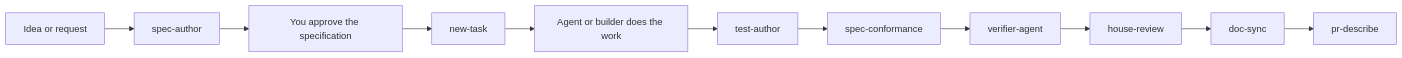
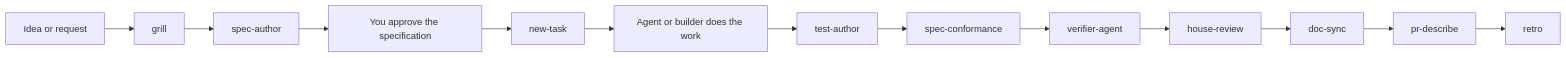
Before and after one commit to zen-solutions-dev/zen-agent-skills: the second of 2 diagrams in docs/GETTING-STARTED.md, drawn with Mermaid. The commit also changed other lines of this file and 10 other files, not shown here.

````diff
--- a/docs/GETTING-STARTED.md
+++ b/docs/GETTING-STARTED.md
@@ -316,13 +328,15 @@
 ```mermaid
 flowchart LR
-  A[Idea or request] --> B[spec-author]
+  A[Idea or request] --> Z[grill]
+  Z --> B[spec-author]
   B --> C[You approve the specification]
   C --> D[new-task]
   D --> E[Agent or builder does the work]
   E --> F[test-author]
   F --> G[spec-conformance]
   G --> H[verifier-agent]
   H --> I[house-review]
   I --> K[doc-sync]
   K --> J[pr-describe]
+  J --> R[retro]
 ```
````
